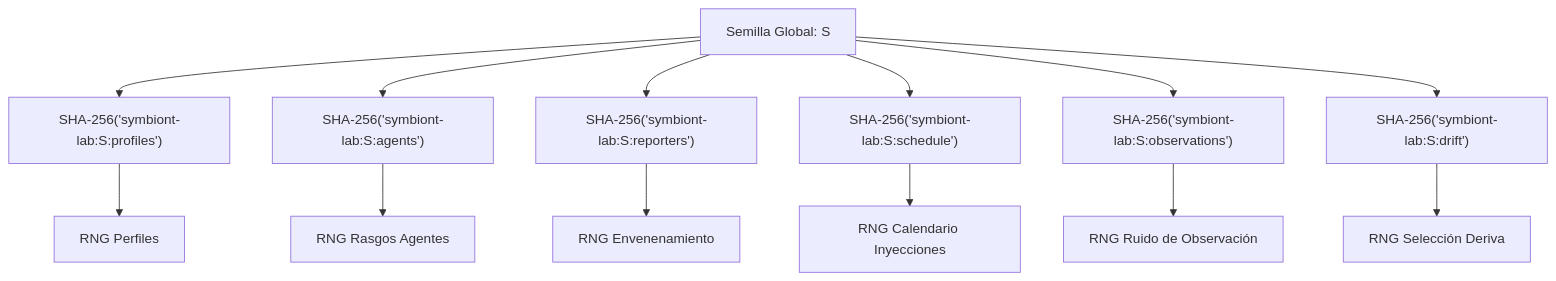
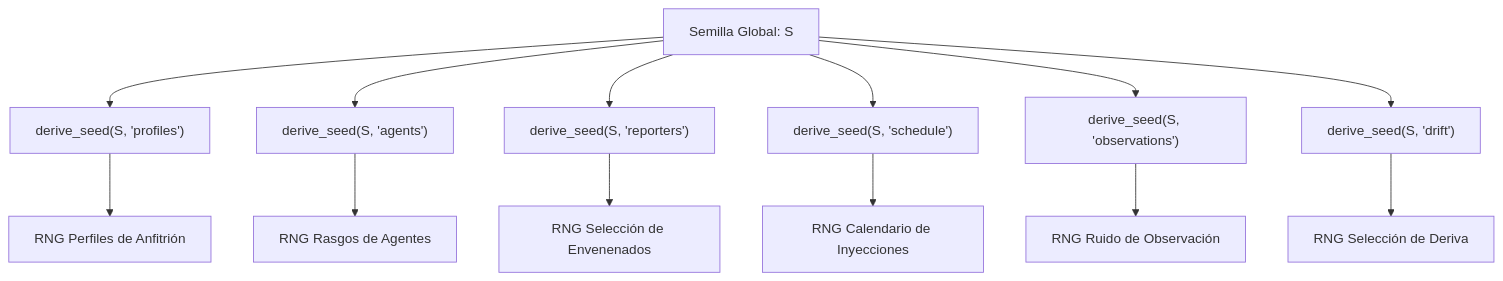
Before and after one commit to alessbarb/symbiont-lab: the diagram in docs/math/01-fundamentos-y-epistemologia.md, drawn with Mermaid. The commit also changed other lines of this file and 13 other files, not shown here.

````diff
--- a/docs/math/01-fundamentos-y-epistemologia.md
+++ b/docs/math/01-fundamentos-y-epistemologia.md
@@ -139,16 +150,16 @@
 ```mermaid
 flowchart TD
-    Seed["Semilla Global: S"] --> H1["SHA-256('symbiont-lab:S:profiles')"]
-    Seed --> H2["SHA-256('symbiont-lab:S:agents')"]
-    Seed --> H3["SHA-256('symbiont-lab:S:reporters')"]
-    Seed --> H4["SHA-256('symbiont-lab:S:schedule')"]
-    Seed --> H5["SHA-256('symbiont-lab:S:observations')"]
-    Seed --> H6["SHA-256('symbiont-lab:S:drift')"]
+    Seed["Semilla Global: S"] --> H1["derive_seed(S, 'profiles')"]
+    Seed --> H2["derive_seed(S, 'agents')"]
+    Seed --> H3["derive_seed(S, 'reporters')"]
+    Seed --> H4["derive_seed(S, 'schedule')"]
+    Seed --> H5["derive_seed(S, 'observations')"]
+    Seed --> H6["derive_seed(S, 'drift')"]
 
-    H1 --> R1["RNG Perfiles"]
-    H2 --> R2["RNG Rasgos Agentes"]
-    H3 --> R3["RNG Envenenamiento"]
-    H4 --> R4["RNG Calendario Inyecciones"]
+    H1 --> R1["RNG Perfiles de Anfitrión"]
+    H2 --> R2["RNG Rasgos de Agentes"]
+    H3 --> R3["RNG Selección de Envenenados"]
+    H4 --> R4["RNG Calendario de Inyecciones"]
     H5 --> R5["RNG Ruido de Observación"]
-    H6 --> R6["RNG Selección Deriva"]
+    H6 --> R6["RNG Selección de Deriva"]
 ```
````
